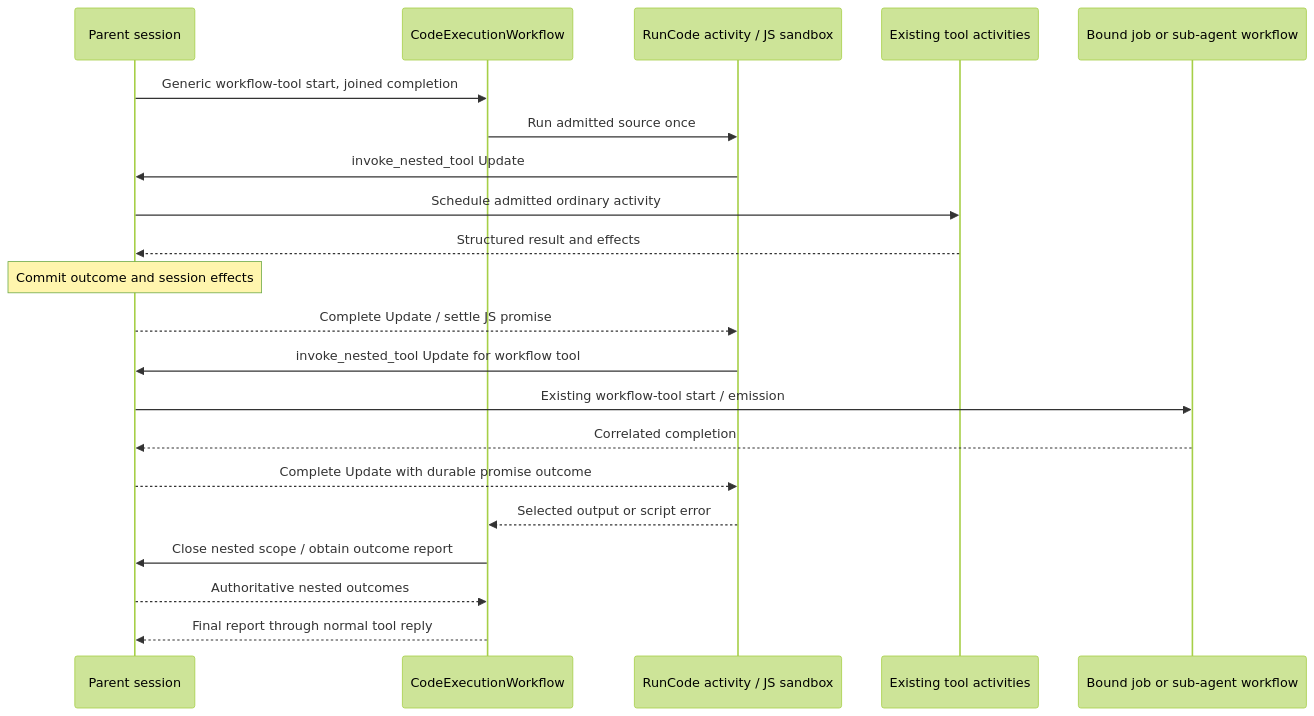
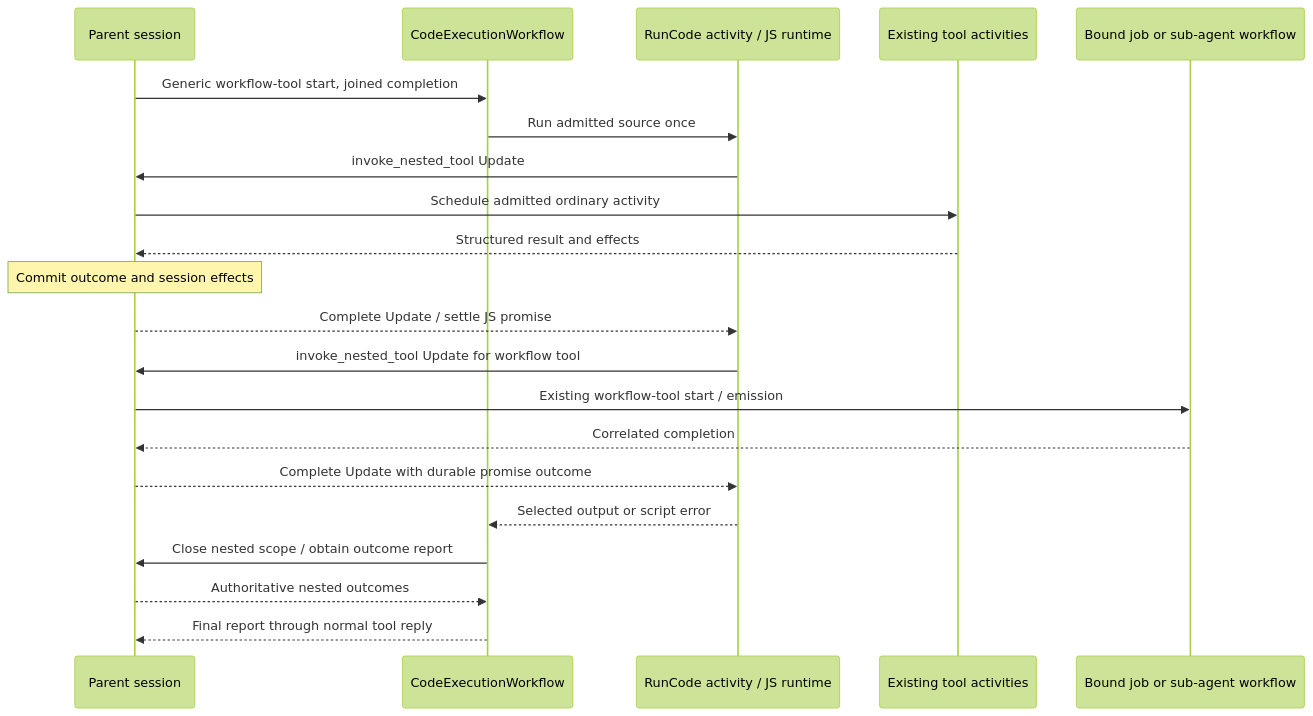
The diagram in docs/roadmap/later/pNNN-code-mode.md (smartcomputer-ai/lightspeed), drawn with Mermaid (forest theme) before and after one commit. The commit also changed other lines of this file, not shown here.

````diff
--- a/docs/roadmap/later/pNNN-code-mode.md
+++ b/docs/roadmap/later/pNNN-code-mode.md
@@ -67,23 +73,23 @@
 ```mermaid
 sequenceDiagram
   participant S as Parent session
   participant C as CodeExecutionWorkflow
-  participant V as RunCode activity / JS sandbox
+  participant V as RunCode activity / JS runtime
   participant A as Existing tool activities
   participant W as Bound job or sub-agent workflow
   S->>C: Generic workflow-tool start, joined completion
   C->>V: Run admitted source once
   V->>S: invoke_nested_tool Update
   S->>A: Schedule admitted ordinary activity
   A-->>S: Structured result and effects
   Note over S: Commit outcome and session effects
   S-->>V: Complete Update / settle JS promise
   V->>S: invoke_nested_tool Update for workflow tool
   S->>W: Existing workflow-tool start / emission
   W-->>S: Correlated completion
   S-->>V: Complete Update with durable promise outcome
   V-->>C: Selected output or script error
   C->>S: Close nested scope / obtain outcome report
   S-->>C: Authoritative nested outcomes
   C-->>S: Final report through normal tool reply
 ```
````
